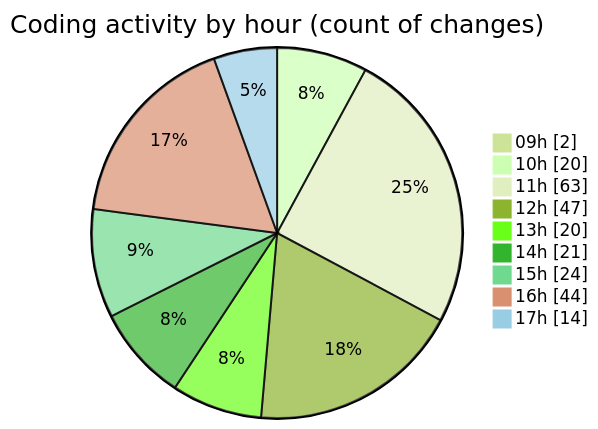
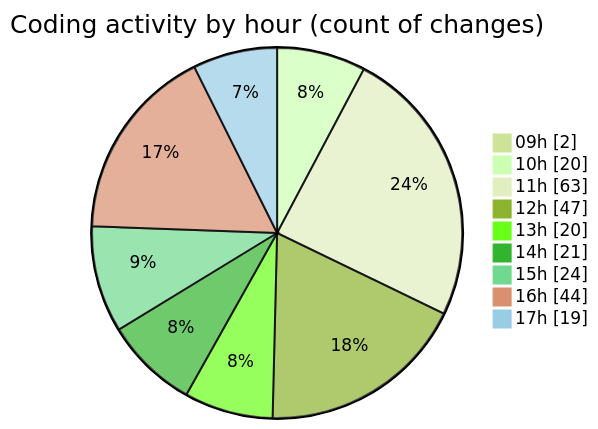
The second of 2 diagrams in 2025-04-08/cda/README.md (momahboobian/code-tracking), drawn with Mermaid (forest theme) before and after one commit. The commit also changed other lines of this file and 1 other file, not shown here.

````diff
--- a/2025-04-08/cda/README.md
+++ b/2025-04-08/cda/README.md
@@ -46,13 +46,13 @@
 ```mermaid
 pie showData
 title Coding activity by hour (count of changes)
 "09h" : 2
 "10h" : 20
 "11h" : 63
 "12h" : 47
 "13h" : 20
 "14h" : 21
 "15h" : 24
 "16h" : 44
-"17h" : 14
+"17h" : 19
 ```
````
